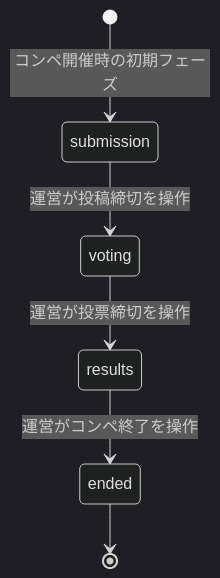
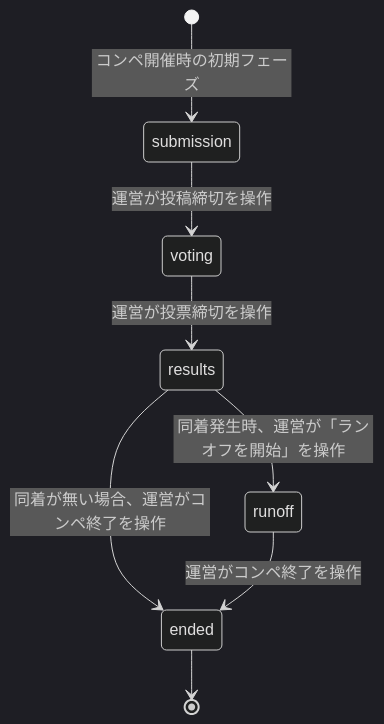
The first of 2 diagrams in docs/glossary.md (lewisia02/SwipeMatch), drawn with Mermaid (dark theme) before and after one commit. The commit also changed other lines of this file and 62 other files, not shown here.

````diff
--- a/docs/glossary.md
+++ b/docs/glossary.md
@@ -408,8 +421,10 @@
 ```mermaid
 stateDiagram-v2
     [*] --> submission: コンペ開催時の初期フェーズ
     submission --> voting: 運営が投稿締切を操作
     voting --> results: 運営が投票締切を操作
-    results --> ended: 運営がコンペ終了を操作
+    results --> runoff: 同着発生時、運営が「ランオフを開始」を操作
+    results --> ended: 同着が無い場合、運営がコンペ終了を操作
+    runoff --> ended: 運営がコンペ終了を操作
     ended --> [*]
 ```
````
